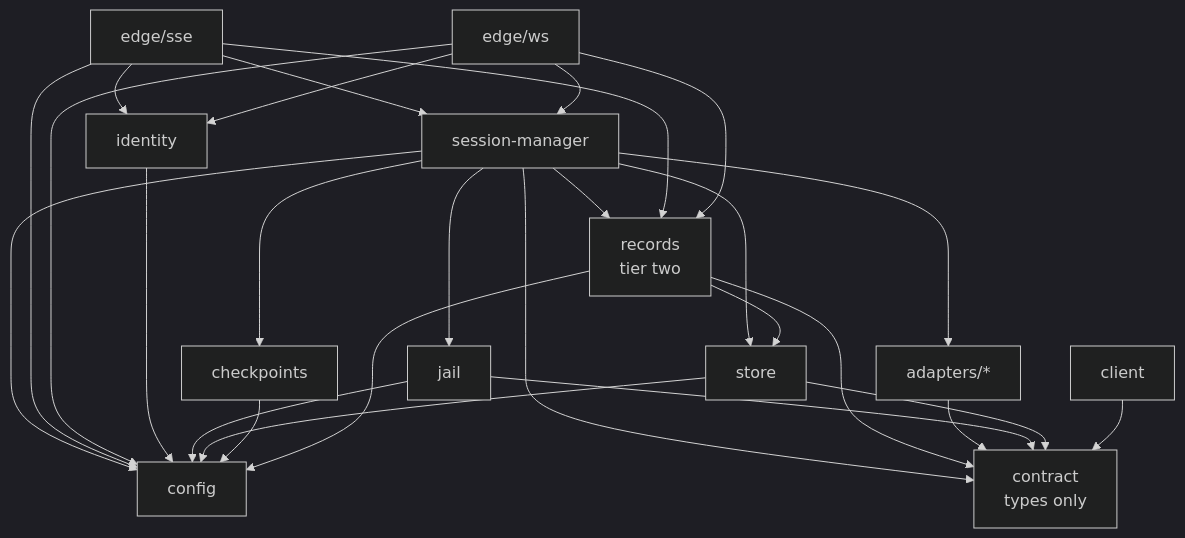
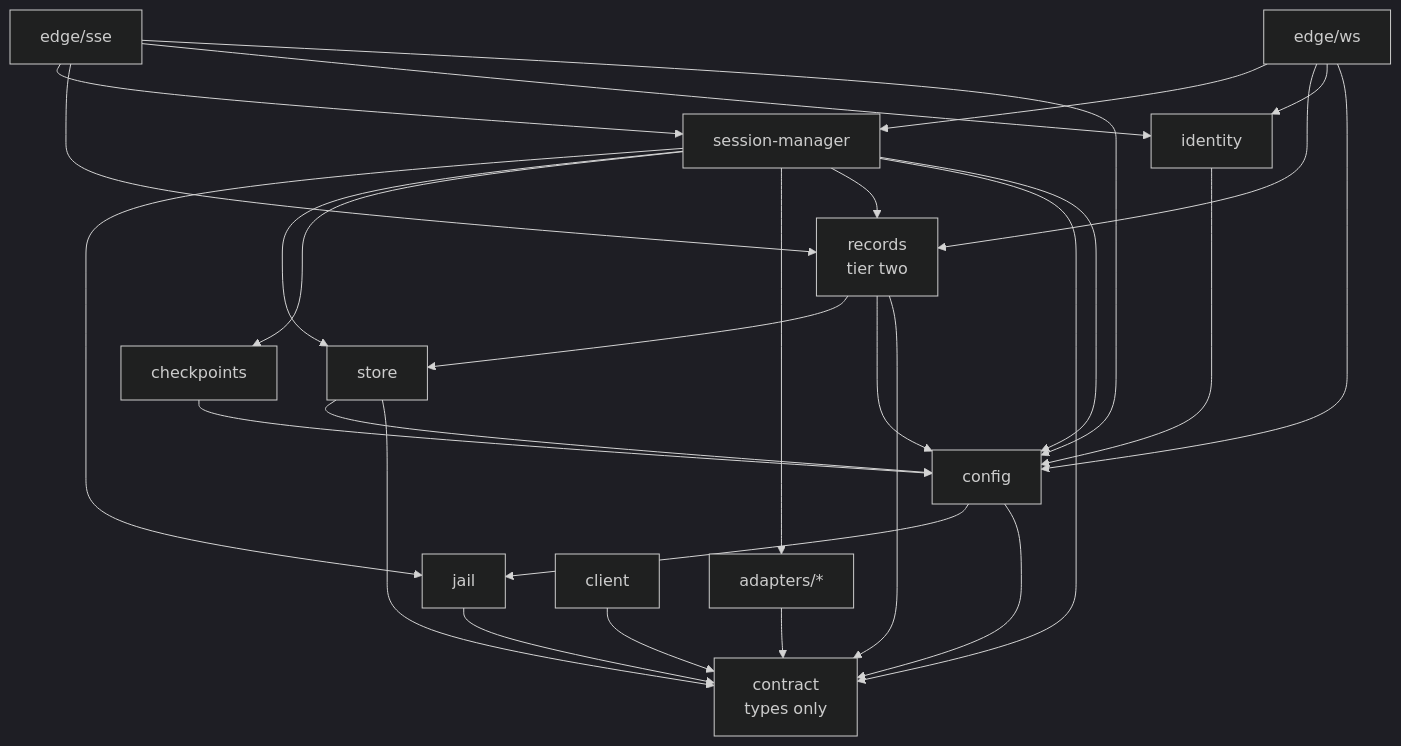
Before and after one commit to The-Running-Dev/SubZeroDev.SkyNetHR: the second of 2 diagrams in design/10-design.md, drawn with Mermaid (dark theme). The commit also changed other lines of this file and 4 other files, not shown here.

````diff
--- a/design/10-design.md
+++ b/design/10-design.md
@@ -794,42 +804,43 @@
 ```mermaid
 flowchart TD
     CT["contract<br/>types only"]
     CF["config"]
     ID["identity"]
     JL["jail"]
     ST["store"]
     CK["checkpoints"]
     AD["adapters/*"]
     RC["records<br/>tier two"]
     SM["session-manager"]
     EH["edge/sse"]
     EW["edge/ws"]
     CL["client"]
 
     SM --> JL
     SM --> ST
     SM --> CK
     SM --> AD
     SM --> RC
     SM --> CT
     SM --> CF
     EH --> SM
     EH --> RC
     EH --> ID
     EH --> CF
     EW --> SM
     EW --> RC
     EW --> ID
     EW --> CF
     ID --> CF
-    JL --> CF
+    CF --> JL
+    CF --> CT
     ST --> CF
     CK --> CF
     RC --> ST
     RC --> CF
     RC --> CT
     AD --> CT
     JL --> CT
     ST --> CT
     CL --> CT
 ```
````
